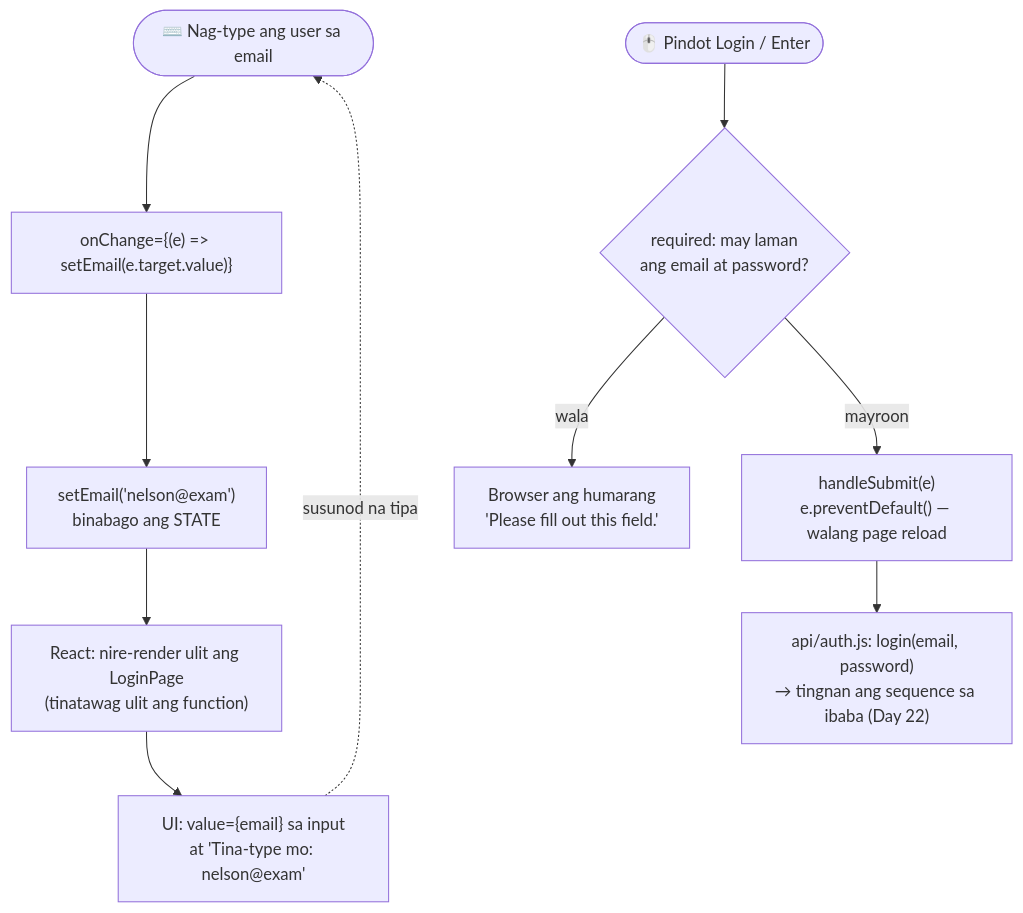
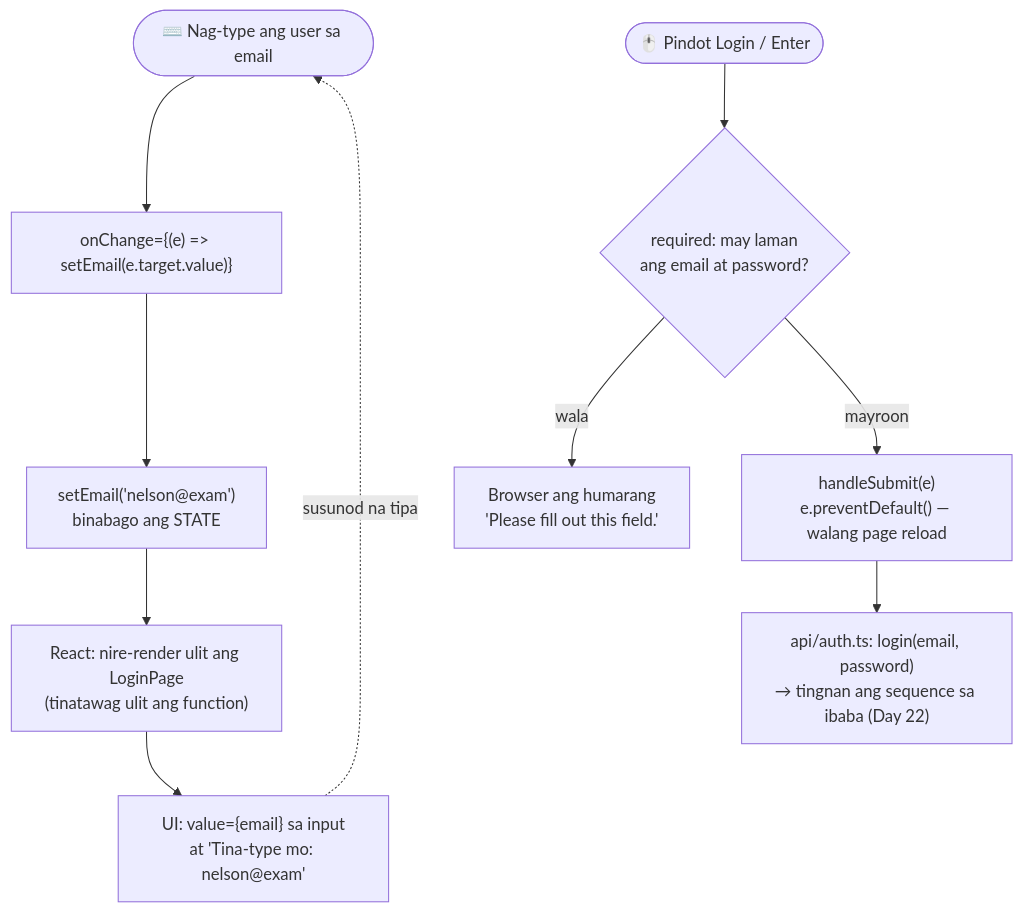
The first of 4 diagrams in docs/diagrams/07-frontend-backend.md (nelson1869-ai/auth-learning), drawn with Mermaid before and after one commit. The commit also changed other lines of this file and 7 other files, not shown here.

Commit message:
docs: D-019 frontend types are a copy of the API, day 32b notes, diagrams

````diff
--- a/docs/diagrams/07-frontend-backend.md
+++ b/docs/diagrams/07-frontend-backend.md
@@ -10,13 +10,13 @@
 ```mermaid
 flowchart TD
     Type(["⌨️ Nag-type ang user sa email"]) --> OnChange["onChange={(e) => setEmail(e.target.value)}"]
     OnChange --> SetState["setEmail('nelson@exam')<br/>binabago ang STATE"]
     SetState --> Render["React: nire-render ulit ang LoginPage<br/>(tinatawag ulit ang function)"]
     Render --> UI["UI: value={email} sa input<br/>at 'Tina-type mo: nelson@exam'"]
     UI -.->|"susunod na tipa"| Type
 
     Submit(["🖱️ Pindot Login / Enter"]) --> Req{"required: may laman<br/>ang email at password?"}
     Req -->|"wala"| Block["Browser ang humarang<br/>'Please fill out this field.'"]
     Req -->|"mayroon"| Handle["handleSubmit(e)<br/>e.preventDefault() — walang page reload"]
-    Handle --> Fetch["api/auth.js: login(email, password)<br/>→ tingnan ang sequence sa ibaba (Day 22)"]
+    Handle --> Fetch["api/auth.ts: login(email, password)<br/>→ tingnan ang sequence sa ibaba (Day 22)"]
 ```
````
